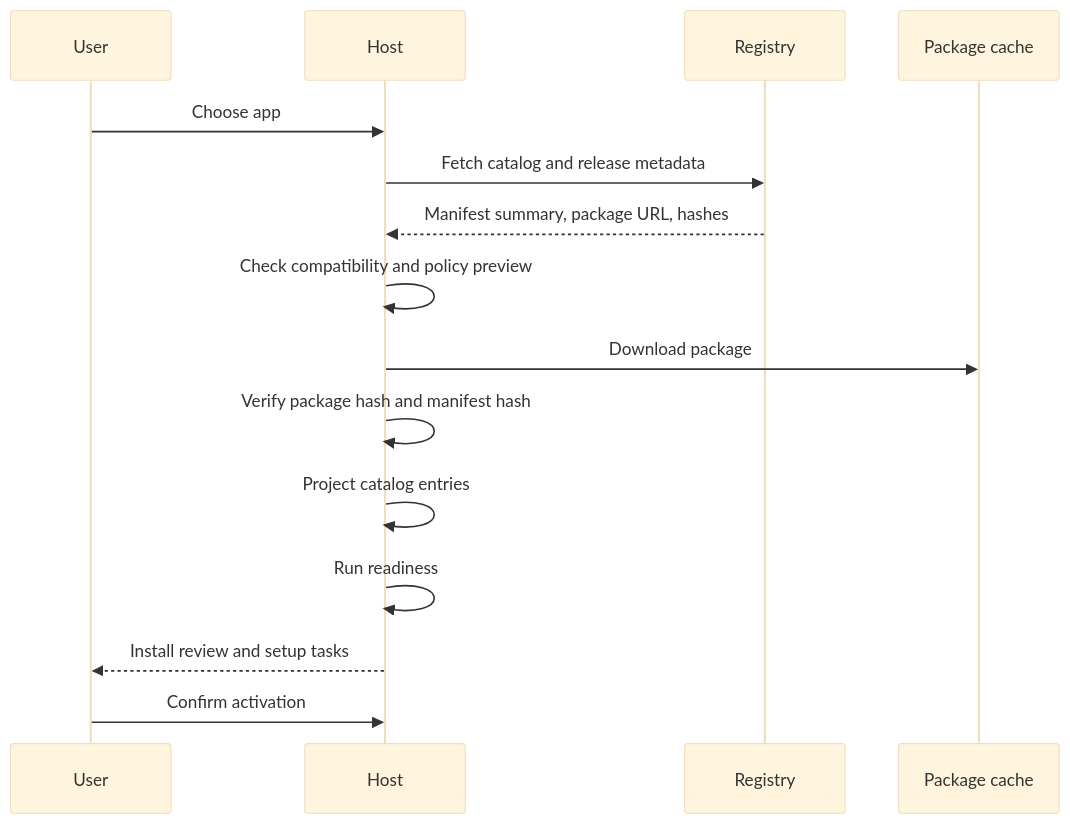
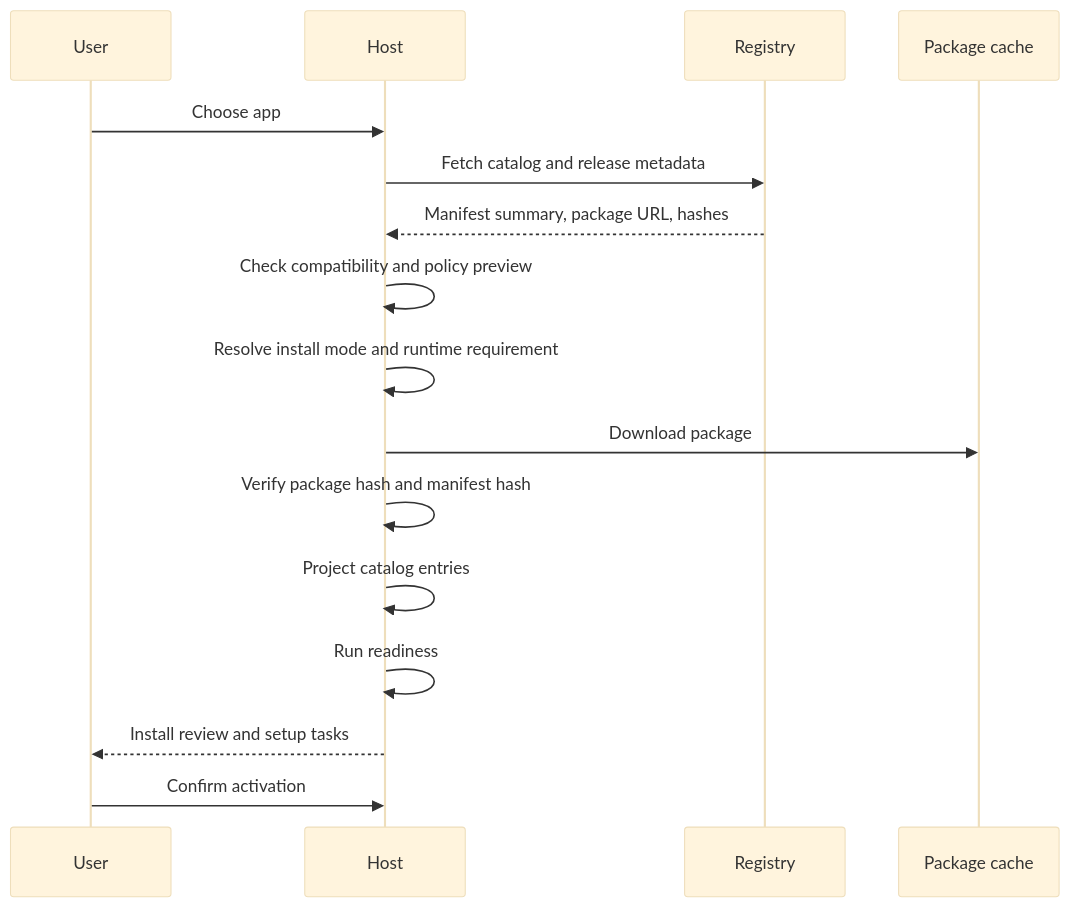
One commit to limecloud/agentapp changed the diagram in docs/en/client-implementation/discovery-and-installation.md. Above: the diagram before and after it, drawn with Mermaid (base theme). The commit also changed other lines of this file and 52 other files, not shown here.

````diff
--- a/docs/en/client-implementation/discovery-and-installation.md
+++ b/docs/en/client-implementation/discovery-and-installation.md
@@ -24,18 +26,19 @@
 ```mermaid
 sequenceDiagram
   participant User as User
   participant Host as Host
   participant Registry as Registry
   participant Package as Package cache
 
   User->>Host: Choose app
   Host->>Registry: Fetch catalog and release metadata
   Registry-->>Host: Manifest summary, package URL, hashes
   Host->>Host: Check compatibility and policy preview
+  Host->>Host: Resolve install mode and runtime requirement
   Host->>Package: Download package
   Host->>Host: Verify package hash and manifest hash
   Host->>Host: Project catalog entries
   Host->>Host: Run readiness
   Host-->>User: Install review and setup tasks
   User->>Host: Confirm activation
 ```
````
